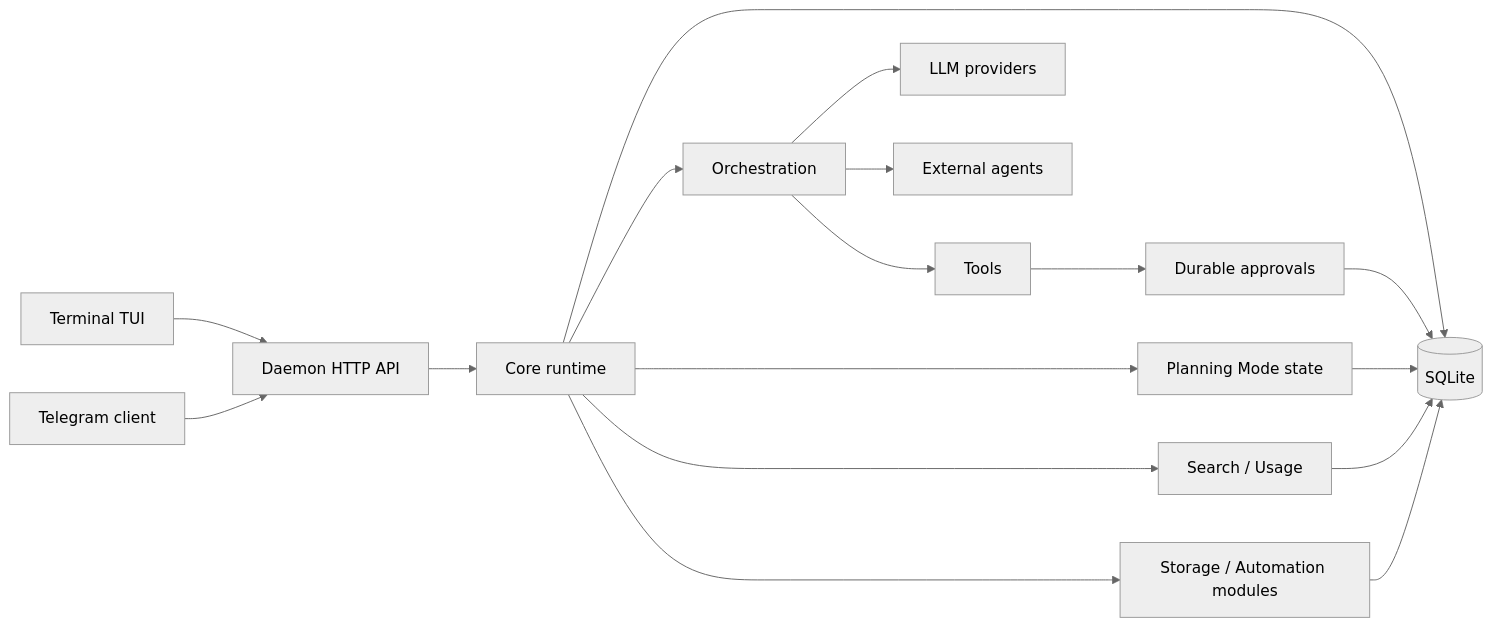
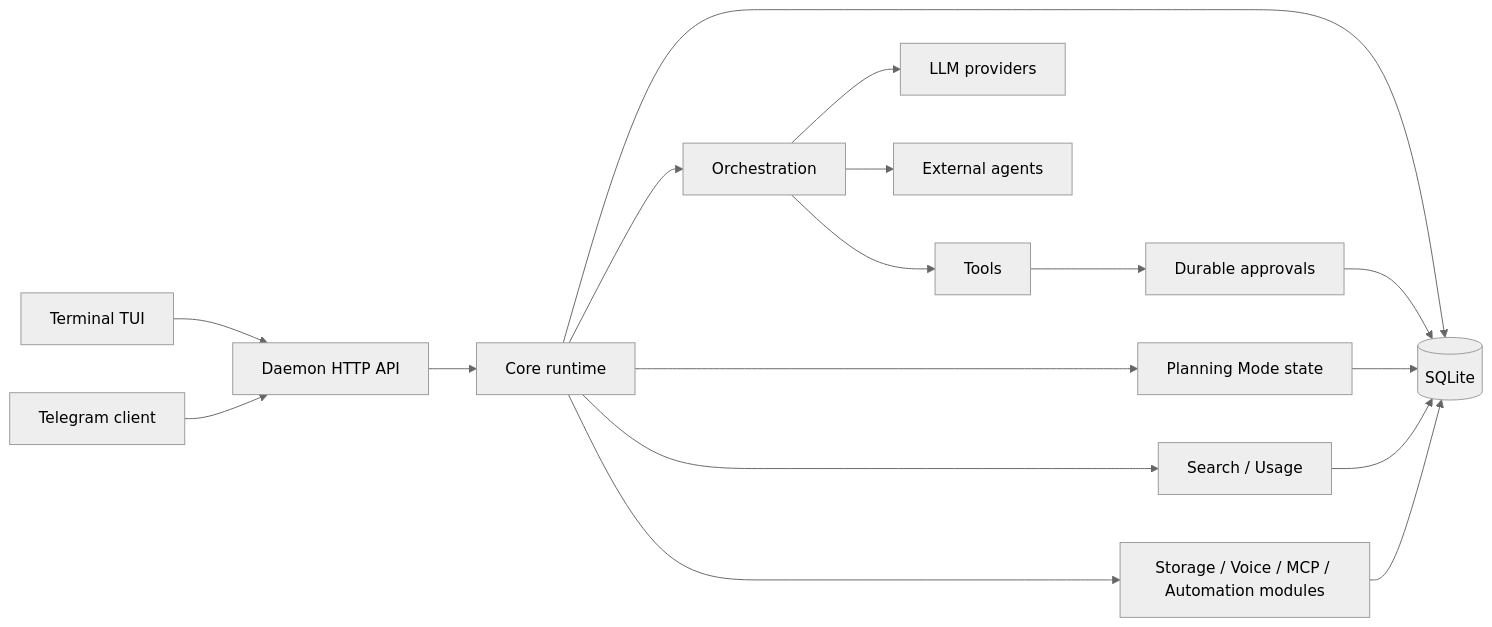
Before and after one commit to Suren878/matrixclaw: the second of 2 diagrams in README.md, drawn with Mermaid (neutral theme). The commit also changed other lines of this file and 238 other files, not shown here.

````diff
--- a/README.md
+++ b/README.md
@@ -329,19 +393,19 @@
 ```mermaid
 flowchart LR
     TUI[Terminal TUI] --> API[Daemon HTTP API]
     TG[Telegram client] --> API
     API --> CORE[Core runtime]
     CORE --> STORE[(SQLite)]
     CORE --> ORCH[Orchestration]
     ORCH --> PROVIDERS[LLM providers]
     ORCH --> AGENTS[External agents]
     ORCH --> TOOLS[Tools]
     TOOLS --> APPROVALS[Durable approvals]
     APPROVALS --> STORE
     CORE --> PLAN[Planning Mode state]
     CORE --> SEARCH[Search / Usage]
-    CORE --> MODULES[Storage / Automation modules]
+    CORE --> MODULES[Storage / Voice / MCP / Automation modules]
     PLAN --> STORE
     SEARCH --> STORE
     MODULES --> STORE
 ```
````
